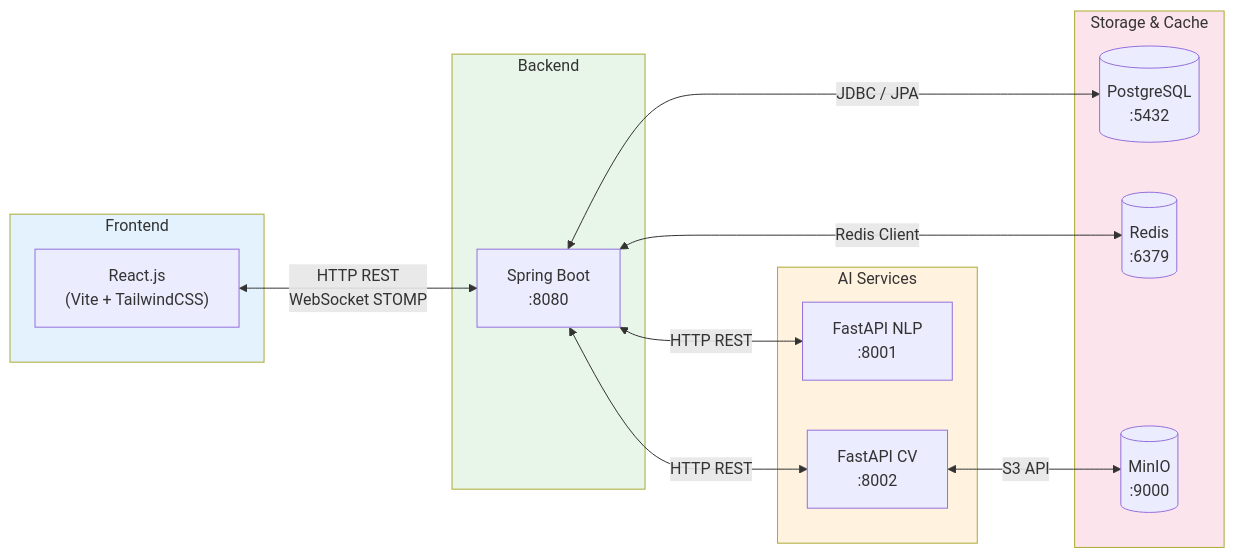
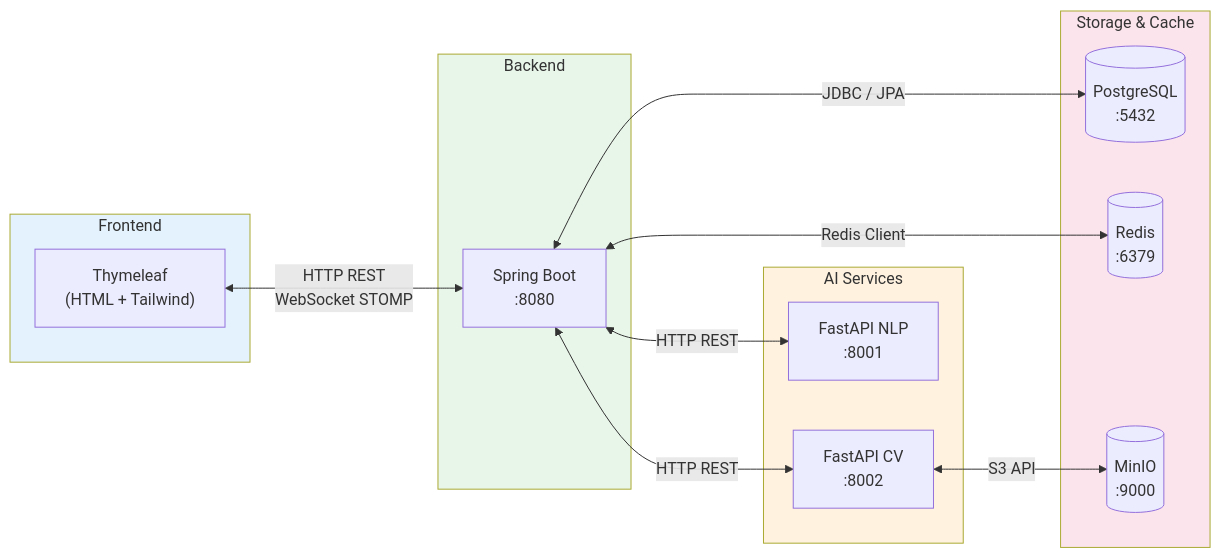
Diagram 14 of 18 in So_Do_Mermaid.md (nguyng/DOANTRITUENHANTAO), drawn with Mermaid before and after one commit. The commit also changed other lines of this file and 38 other files, not shown here.

````diff
--- a/So_Do_Mermaid.md
+++ b/So_Do_Mermaid.md
@@ -597,33 +594,33 @@
 ```mermaid
 graph LR
     subgraph FE["Frontend"]
-        RC["React.js\n(Vite + TailwindCSS)"]
+        RC["Thymeleaf\n(HTML + Tailwind)"]
     end
 
     subgraph BE["Backend"]
         SB["Spring Boot\n:8080"]
     end
 
     subgraph AISVR["AI Services"]
         NLP["FastAPI NLP\n:8001"]
         CV["FastAPI CV\n:8002"]
     end
 
     subgraph STORAGE["Storage & Cache"]
         PG[("PostgreSQL\n:5432")]
         RD[("Redis\n:6379")]
         MN[("MinIO\n:9000")]
     end
 
     RC <-->|"HTTP REST\nWebSocket STOMP"| SB
     SB <-->|"HTTP REST"| NLP
     SB <-->|"HTTP REST"| CV
     SB <-->|"JDBC / JPA"| PG
     SB <-->|"Redis Client"| RD
     CV <-->|"S3 API"| MN
 
     style FE fill:#e3f2fd
     style BE fill:#e8f5e9
     style AISVR fill:#fff3e0
     style STORAGE fill:#fce4ec
 ```
````
